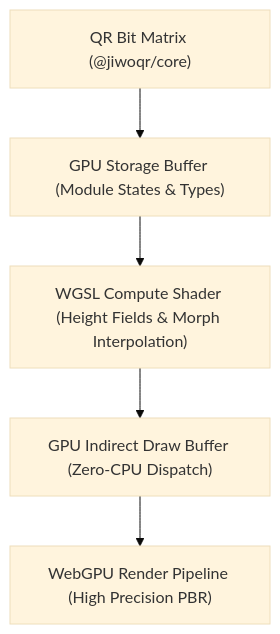
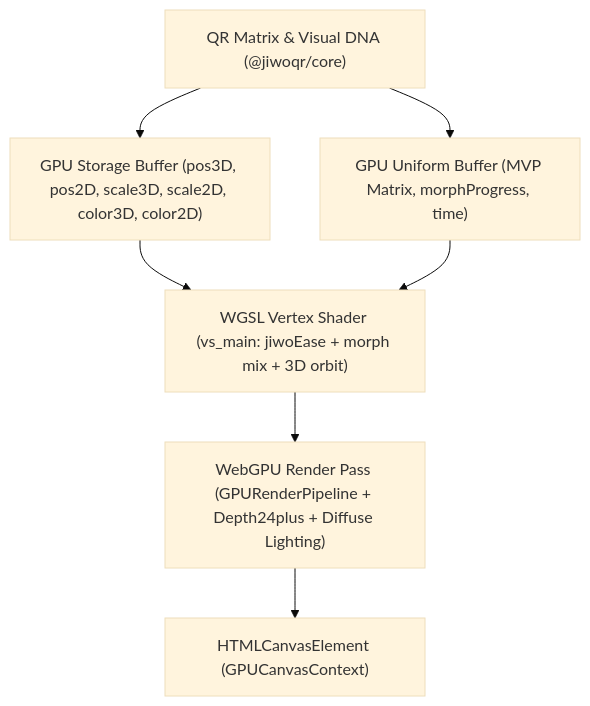
One commit to y7thangeru/jiwoQR changed the diagram in packages/renderer-webgpu/README.md. Above: the diagram before and after it, drawn with Mermaid (base theme). The commit also changed other lines of this file and 43 other files, not shown here.

Commit message:
feat(fase-5): implement Instant WebXR/AR View, Model 6 Origami Fold, and First-Class Native WebGPU pipeline

````diff
--- a/packages/renderer-webgpu/README.md
+++ b/packages/renderer-webgpu/README.md
@@ -29,13 +32,16 @@
 ```mermaid
 graph TD
-    Matrix["QR Bit Matrix (@jiwoqr/core)"]
-    StorageBuffer["GPU Storage Buffer (Module States & Types)"]
-    ComputeShader["WGSL Compute Shader (Height Fields & Morph Interpolation)"]
-    IndirectDraw["GPU Indirect Draw Buffer (Zero-CPU Dispatch)"]
-    RenderPass["WebGPU Render Pipeline (High Precision PBR)"]
+    Matrix["QR Matrix & Visual DNA (@jiwoqr/core)"]
+    StorageBuffer["GPU Storage Buffer (pos3D, pos2D, scale3D, scale2D, color3D, color2D)"]
+    UniformBuffer["GPU Uniform Buffer (MVP Matrix, morphProgress, time)"]
+    WGSL["WGSL Vertex Shader (vs_main: jiwoEase + morph mix + 3D orbit)"]
+    RenderPass["WebGPU Render Pass (GPURenderPipeline + Depth24plus + Diffuse Lighting)"]
+    Canvas["HTMLCanvasElement (GPUCanvasContext)"]
 
     Matrix --> StorageBuffer
-    StorageBuffer --> ComputeShader
-    ComputeShader --> IndirectDraw
-    IndirectDraw --> RenderPass
+    Matrix --> UniformBuffer
+    StorageBuffer --> WGSL
+    UniformBuffer --> WGSL
+    WGSL --> RenderPass
+    RenderPass --> Canvas
 ```
````
